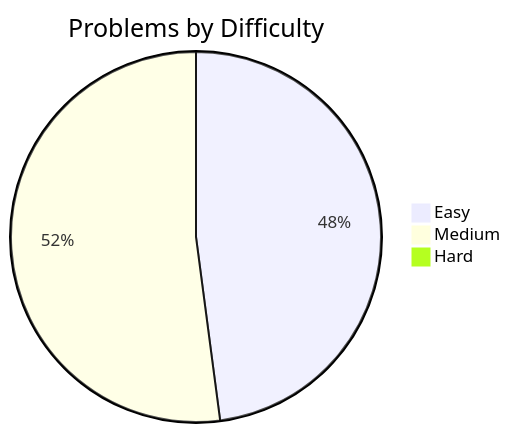
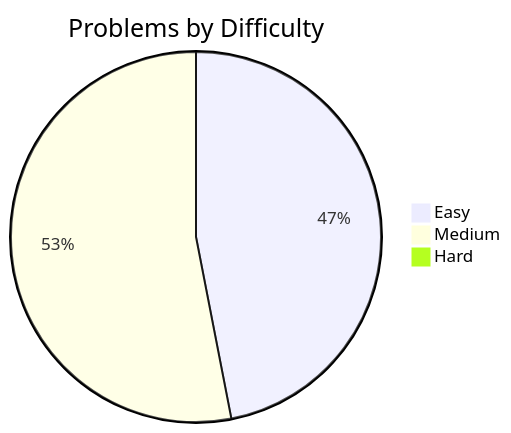
One commit to Jasjeet-Singh-S/100-days-DSA changed the first of 2 diagrams in readme.md. Above: the diagram before and after it, drawn with Mermaid. The commit also changed other lines of this file and 1 other file, not shown here.

````diff
--- a/readme.md
+++ b/readme.md
@@ -19,6 +19,6 @@
 ```mermaid
 pie title Problems by Difficulty
     "Easy" : 23
-    "Medium" : 25
+    "Medium" : 26
     "Hard" : 0
 ```
````
